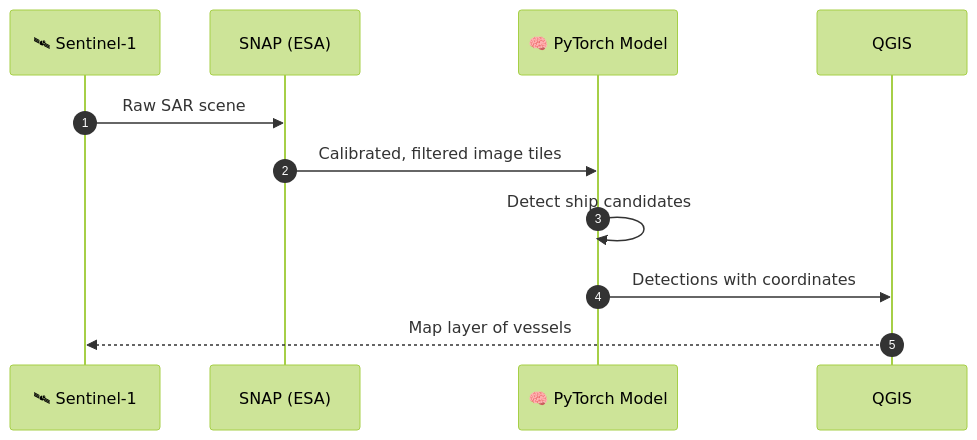
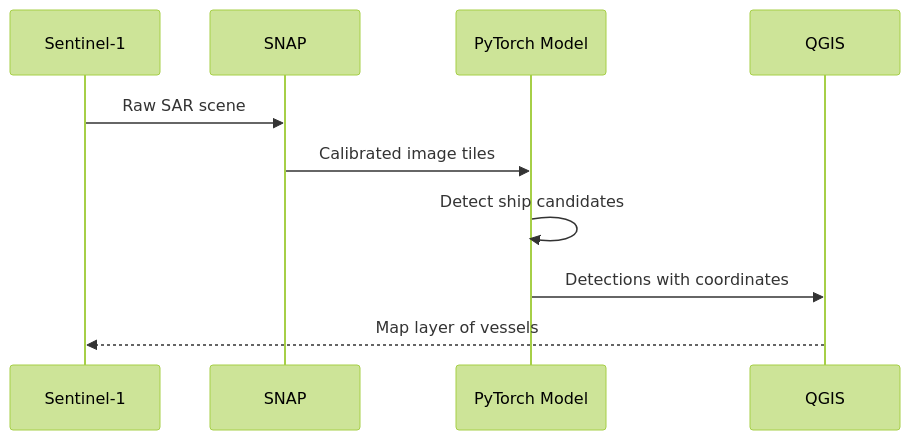
One commit to VARUN1128/VARUN1128 changed the second of 2 diagrams in README.md. Above: the diagram before and after it, drawn with Mermaid (forest theme). The commit also changed other lines of this file, not shown here.

````diff
--- a/README.md
+++ b/README.md
@@ -195,13 +191,12 @@
 ```mermaid
 sequenceDiagram
-    autonumber
-    participant S as 🛰 Sentinel-1
-    participant P as SNAP (ESA)
-    participant M as 🧠 PyTorch Model
+    participant S as Sentinel-1
+    participant P as SNAP
+    participant M as PyTorch Model
     participant G as QGIS
     S->>P: Raw SAR scene
-    P->>M: Calibrated, filtered image tiles
+    P->>M: Calibrated image tiles
     M->>M: Detect ship candidates
     M->>G: Detections with coordinates
     G-->>S: Map layer of vessels
 ```
````
